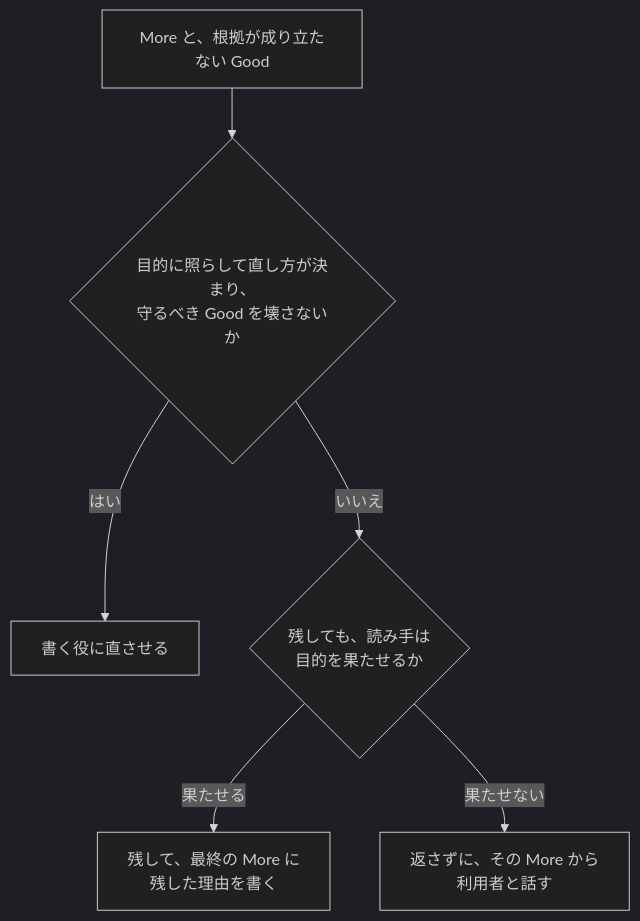
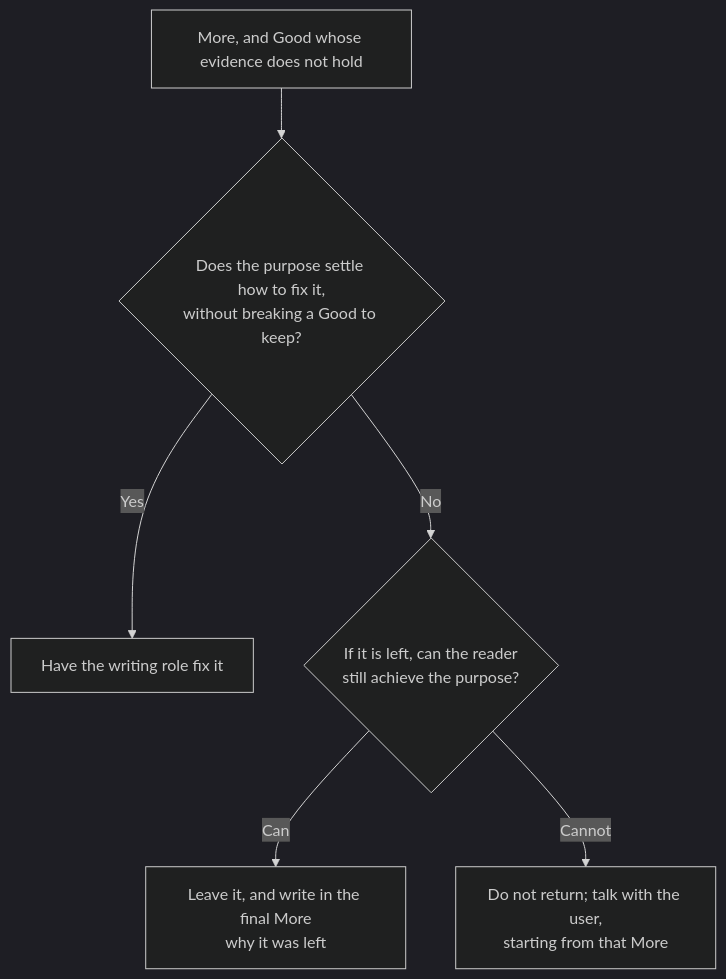
Before and after one commit to lovaizu/ccpm: the third of 4 diagrams in writ/docs/design.md, drawn with Mermaid (dark theme). The commit also changed other lines of this file, not shown here.

````diff
--- a/writ/docs/design.md
+++ b/writ/docs/design.md
@@ -135,14 +135,14 @@
 ```mermaid
 flowchart TD
-  M[More と、根拠が成り立たない Good]
-  Q1{目的に照らして直し方が決まり、<br/>守るべき Good を壊さないか}
-  X[書く役に直させる]
-  Q2{残しても、読み手は<br/>目的を果たせるか}
-  L[残して、最終の More に<br/>残した理由を書く]
-  B[返さずに、その More から<br/>利用者と話す]
+  M[More, and Good whose evidence does not hold]
+  Q1{"Does the purpose settle how to fix it,<br/>without breaking a Good to keep?"}
+  X[Have the writing role fix it]
+  Q2{"If it is left, can the reader<br/>still achieve the purpose?"}
+  L["Leave it, and write in the final More<br/>why it was left"]
+  B["Do not return; talk with the user,<br/>starting from that More"]
   M --> Q1
-  Q1 -->|はい| X
-  Q1 -->|いいえ| Q2
-  Q2 -->|果たせる| L
-  Q2 -->|果たせない| B
+  Q1 -->|Yes| X
+  Q1 -->|No| Q2
+  Q2 -->|Can| L
+  Q2 -->|Cannot| B
 ```
````
